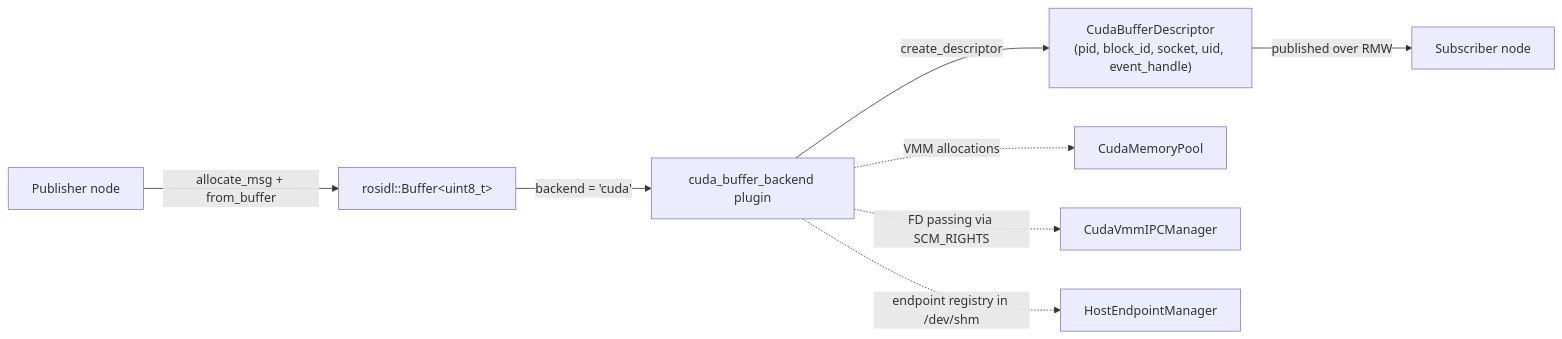
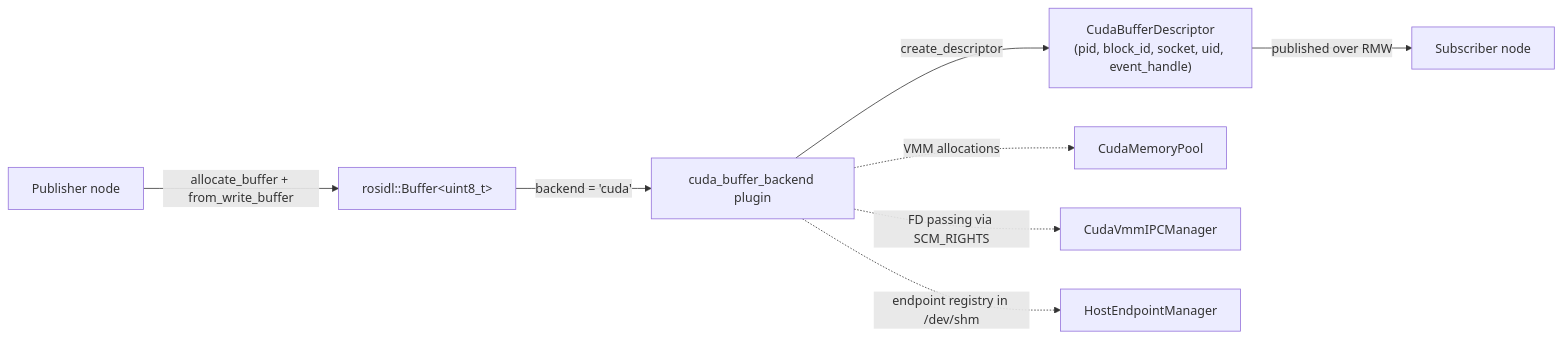
Before and after one commit to ayusmans/rosidl_buffer_backends: the first of 3 diagrams in docs/cuda_buffer_backend_design.md, drawn with Mermaid. The commit also changed 23 other files, not shown here.

````diff
--- a/docs/cuda_buffer_backend_design.md
+++ b/docs/cuda_buffer_backend_design.md
@@ -17,13 +17,13 @@
 ```mermaid
 flowchart LR
   Pub["Publisher node"]
   Sub["Subscriber node"]
 
-  Pub -->|"allocate_msg + from_buffer"| Buffer["rosidl::Buffer&lt;uint8_t&gt;"]
+  Pub -->|"allocate_buffer + from_write_buffer"| Buffer["rosidl::Buffer&lt;uint8_t&gt;"]
   Buffer -->|"backend = 'cuda'"| Plugin[cuda_buffer_backend plugin]
   Plugin -->|"create_descriptor"| Descriptor["CudaBufferDescriptor<br/>(pid, block_id, socket, uid, event_handle)"]
   Descriptor -->|"published over RMW"| Sub
   Plugin -.->|"VMM allocations"| Pool[CudaMemoryPool]
   Plugin -.->|"FD passing via SCM_RIGHTS"| IPC[CudaVmmIPCManager]
   Plugin -.->|"endpoint registry in /dev/shm"| HEM[HostEndpointManager]
 ```
````
